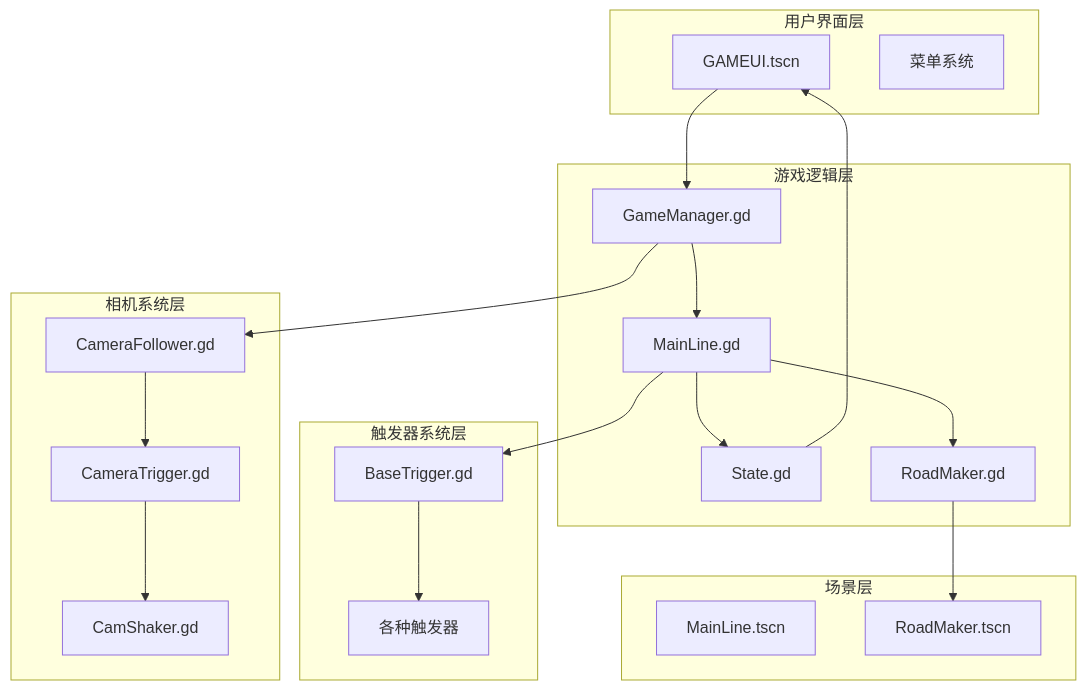
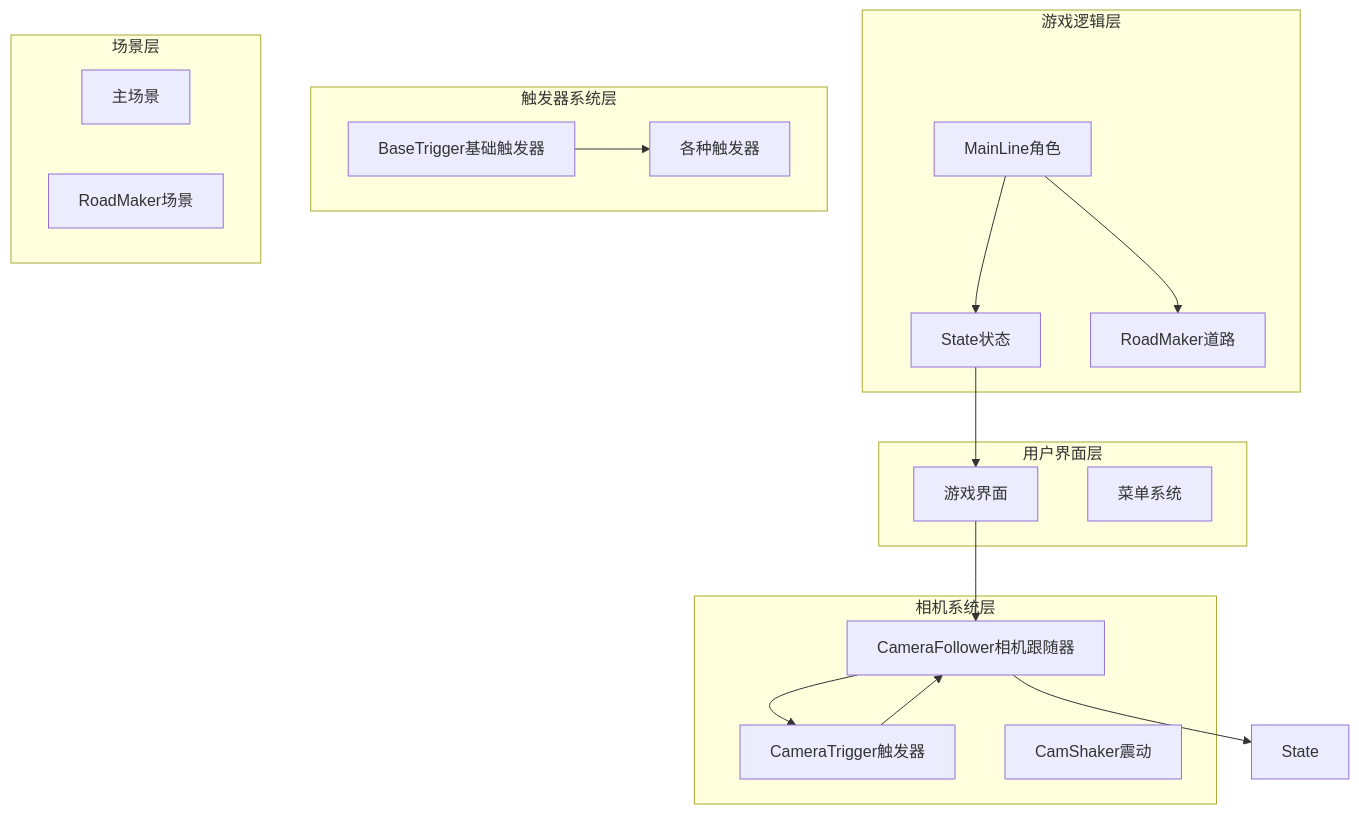
Before and after one commit to godotline/godot-line: the fourth of 11 diagrams in .qoder/repowiki/zh/content/Game Manager.md, drawn with Mermaid. The commit also changed other lines of this file and 13 other files, not shown here.

````diff
--- a/.qoder/repowiki/zh/content/Game Manager.md
+++ b/.qoder/repowiki/zh/content/Game Manager.md
@@ -218,37 +197,33 @@
 ```mermaid
 graph TB
 subgraph "用户界面层"
-UI[GAMEUI.tscn]
+UI[游戏界面]
 Menu[菜单系统]
 end
 subgraph "游戏逻辑层"
-GM[GameManager.gd]
-ML[MainLine.gd]
-ST[State.gd]
-RM[RoadMaker.gd]
+ML[MainLine角色]
+ST[State状态]
+RM[RoadMaker道路]
 end
 subgraph "相机系统层"
-CF[CameraFollower.gd]
-CT[CameraTrigger.gd]
-CS[CamShaker.gd]
+CF[CameraFollower相机跟随器]
+CT[CameraTrigger触发器]
+CS[CamShaker震动]
 end
 subgraph "触发器系统层"
-BT[BaseTrigger.gd]
+BT[BaseTrigger基础触发器]
 TRIG[各种触发器]
 end
 subgraph "场景层"
-SCENE[MainLine.tscn]
-ROAD[RoadMaker.tscn]
+SCENE[主场景]
+ROAD[RoadMaker场景]
 end
-UI --> GM
-GM --> ML
-GM --> CF
+UI --> CF
+CF --> CT
+CT --> CF
+BT --> TRIG
 ML --> ST
 ML --> RM
-CF --> CT
-CT --> CS
-BT --> TRIG
-ML --> BT
-RM --> ROAD
 ST --> UI
+CF --> State
 ```
````
